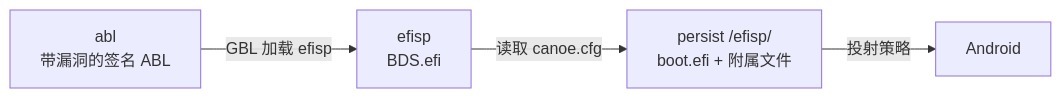
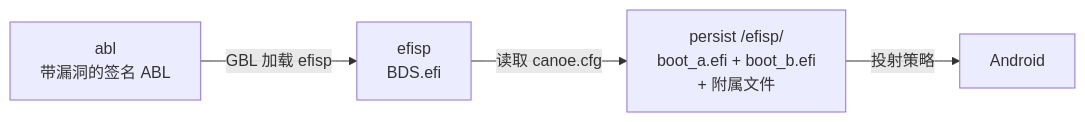
The diagram in README_zh.md (1vivy/gbl_root_canoe), drawn with Mermaid before and after one commit. The commit also changed other lines of this file and 7 other files, not shown here.

Commit message:
docs: document b2 direct backends and slot flows

````diff
--- a/README_zh.md
+++ b/README_zh.md
@@ -11,10 +14,10 @@
 ```mermaid
 graph LR
   A["abl<br/>带漏洞的签名 ABL"]
   B["efisp<br/>BDS.efi"]
-  C["persist /efisp/<br/>boot.efi + 附属文件"]
+  C["persist /efisp/<br/>boot_a.efi + boot_b.efi<br/>+ 附属文件"]
   D["Android"]
   A -->|"GBL 加载 efisp"| B
   B -->|"读取 canoe.cfg"| C
   C -->|"投射策略"| D
 ```
````
